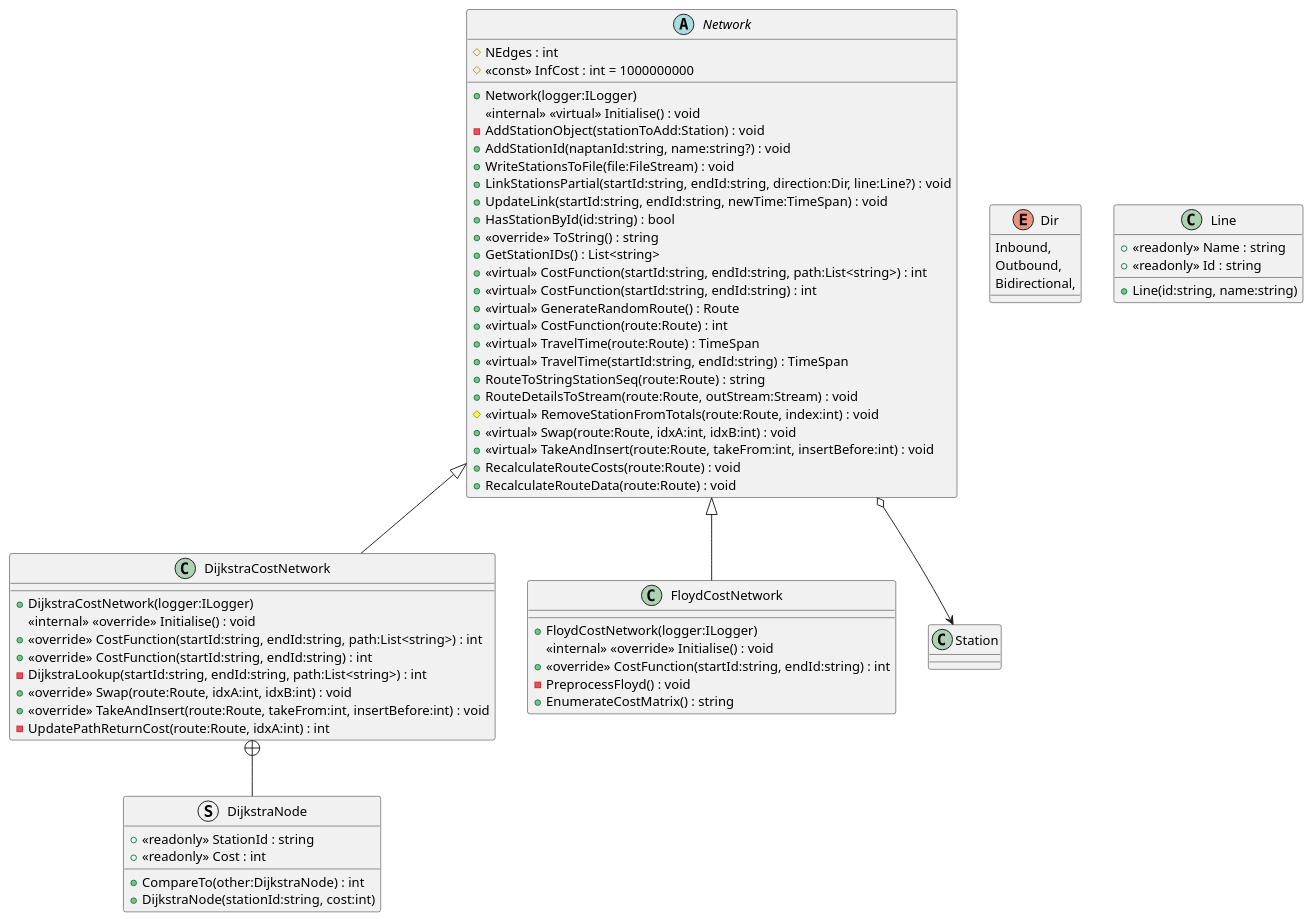
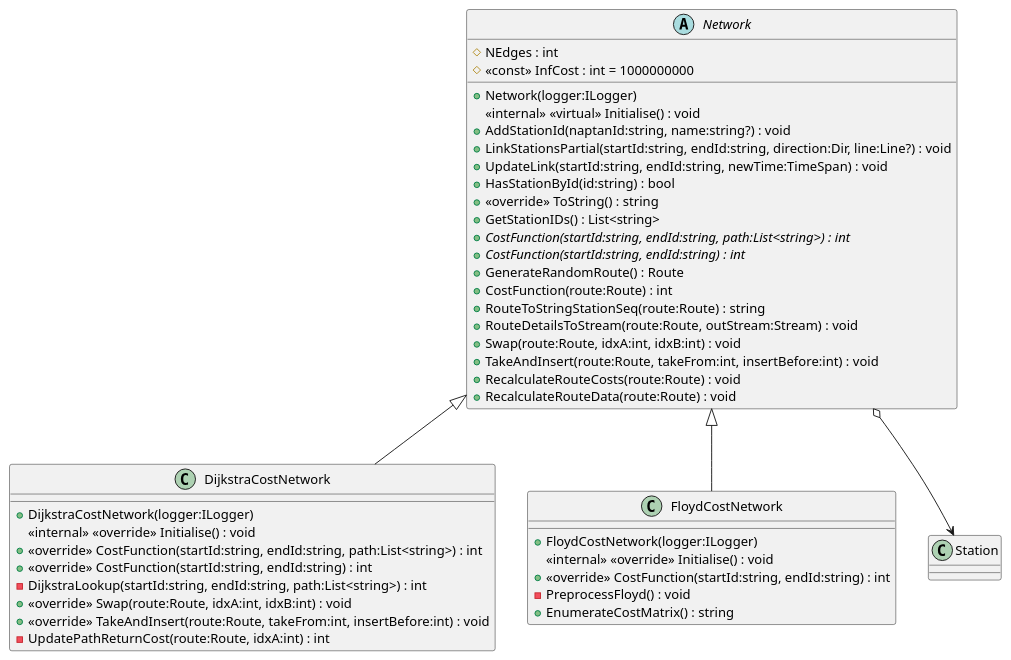
One commit to Liftyee/london-tube-navigator changed the diagram in TubeChallengeRouter/puml/HMNetwork.puml. Above: the diagram before and after it, drawn with PlantUML. The commit also changed 10 other files, not shown here.

```diff
--- a/TubeChallengeRouter/puml/HMNetwork.puml
+++ b/TubeChallengeRouter/puml/HMNetwork.puml
@@ -1,69 +1,47 @@
 @startuml
 
 class DijkstraCostNetwork {
     + DijkstraCostNetwork(logger:ILogger)
     <<internal>> <<override>> Initialise() : void
     + <<override>> CostFunction(startId:string, endId:string, path:List<string>) : int
     + <<override>> CostFunction(startId:string, endId:string) : int
     - DijkstraLookup(startId:string, endId:string, path:List<string>) : int
     + <<override>> Swap(route:Route, idxA:int, idxB:int) : void
     + <<override>> TakeAndInsert(route:Route, takeFrom:int, insertBefore:int) : void
     - UpdatePathReturnCost(route:Route, idxA:int) : int
 }
-struct DijkstraNode {
-    + <<readonly>> StationId : string
-    + <<readonly>> Cost : int
-    + CompareTo(other:DijkstraNode) : int
-    + DijkstraNode(stationId:string, cost:int)
-}
 Network <|-- DijkstraCostNetwork
-DijkstraCostNetwork +-- DijkstraNode
-enum Dir {
-    Inbound,
-    Outbound,
-    Bidirectional,
-}
-class Line {
-    + <<readonly>> Name : string
-    + <<readonly>> Id : string
-    + Line(id:string, name:string)
-}
 
 abstract class Network {
     # NEdges : int
     # <<const>> InfCost : int = 1000000000
     + Network(logger:ILogger)
     <<internal>> <<virtual>> Initialise() : void
-    - AddStationObject(stationToAdd:Station) : void
     + AddStationId(naptanId:string, name:string?) : void
-    + WriteStationsToFile(file:FileStream) : void
     + LinkStationsPartial(startId:string, endId:string, direction:Dir, line:Line?) : void
     + UpdateLink(startId:string, endId:string, newTime:TimeSpan) : void
     + HasStationById(id:string) : bool
     + <<override>> ToString() : string
     + GetStationIDs() : List<string>
-    + <<virtual>> CostFunction(startId:string, endId:string, path:List<string>) : int
-    + <<virtual>> CostFunction(startId:string, endId:string) : int
-    + <<virtual>> GenerateRandomRoute() : Route
-    + <<virtual>> CostFunction(route:Route) : int
-    + <<virtual>> TravelTime(route:Route) : TimeSpan
-    + <<virtual>> TravelTime(startId:string, endId:string) : TimeSpan
+    + {abstract} CostFunction(startId:string, endId:string, path:List<string>) : int
+    + {abstract} CostFunction(startId:string, endId:string) : int
+    + GenerateRandomRoute() : Route
+    + CostFunction(route:Route) : int
     + RouteToStringStationSeq(route:Route) : string
     + RouteDetailsToStream(route:Route, outStream:Stream) : void
-    # <<virtual>> RemoveStationFromTotals(route:Route, index:int) : void
-    + <<virtual>> Swap(route:Route, idxA:int, idxB:int) : void
-    + <<virtual>> TakeAndInsert(route:Route, takeFrom:int, insertBefore:int) : void
+    + Swap(route:Route, idxA:int, idxB:int) : void
+    + TakeAndInsert(route:Route, takeFrom:int, insertBefore:int) : void
     + RecalculateRouteCosts(route:Route) : void
     + RecalculateRouteData(route:Route) : void
 }
 class FloydCostNetwork {
     + FloydCostNetwork(logger:ILogger)
     <<internal>> <<override>> Initialise() : void
     + <<override>> CostFunction(startId:string, endId:string) : int
     - PreprocessFloyd() : void
     + EnumerateCostMatrix() : string
 }
 Network <|-- FloydCostNetwork
 Network o--> Station
 
 @enduml
```
